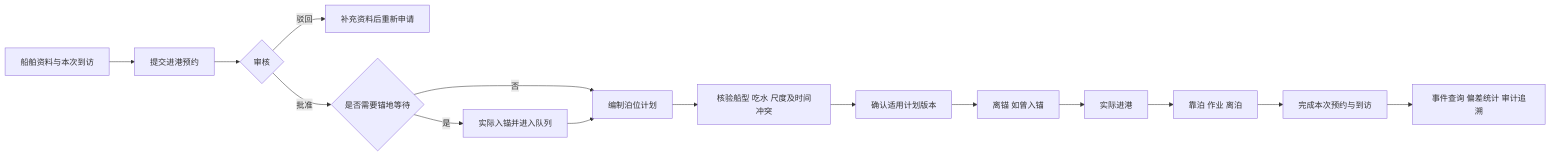
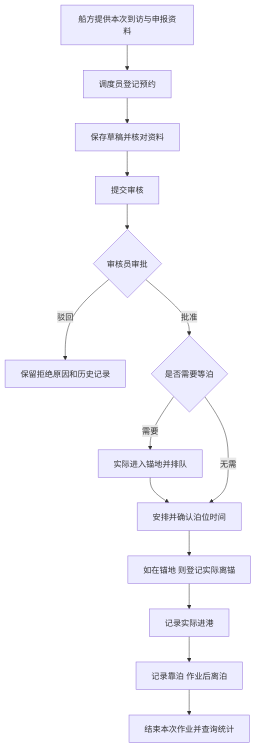
Before and after one commit to xiyue188/PortQueue: the diagram in docs/business-flow.md, drawn with Mermaid. The commit also changed other lines of this file and 2 other files, not shown here.

````diff
--- a/docs/business-flow.md
+++ b/docs/business-flow.md
@@ -11,17 +18,16 @@
 ```mermaid
-flowchart LR
-    A[船舶资料与本次到访] --> B[提交进港预约]
-    B --> C{审核}
-    C -->|驳回| D[补充资料后重新申请]
-    C -->|批准| E{是否需要锚地等待}
-    E -->|是| F[实际入锚并进入队列]
-    E -->|否| G[编制泊位计划]
-    F --> G
-    G --> H[核验船型 吃水 尺度及时间冲突]
-    H --> I[确认适用计划版本]
-    I --> J[离锚 如曾入锚]
-    J --> K[实际进港]
-    K --> L[靠泊 作业 离泊]
-    L --> M[完成本次预约与到访]
-    M --> N[事件查询 偏差统计 审计追溯]
+flowchart TD
+    A[船方提供本次到访与申报资料] --> B[调度员登记预约]
+    B --> C[保存草稿并核对资料]
+    C --> D[提交审核]
+    D --> E{审核员审批}
+    E -->|驳回| F[保留拒绝原因和历史记录]
+    E -->|批准| G{是否需要等泊}
+    G -->|需要| H[实际进入锚地并排队]
+    H --> I[安排并确认泊位时间]
+    G -->|无需| I
+    I --> J[如在锚地 则登记实际离锚]
+    J --> K[记录实际进港]
+    K --> L[记录靠泊 作业后离泊]
+    L --> M[结束本次作业并查询统计]
 ```
````
